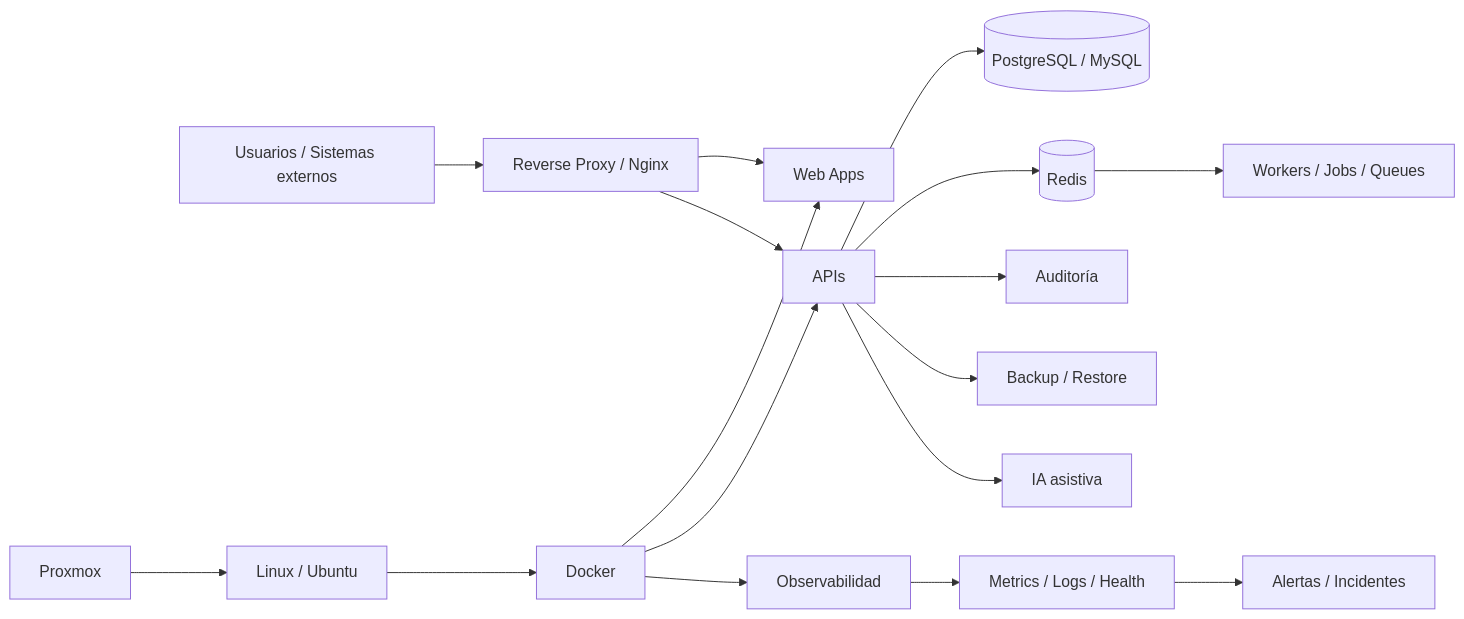
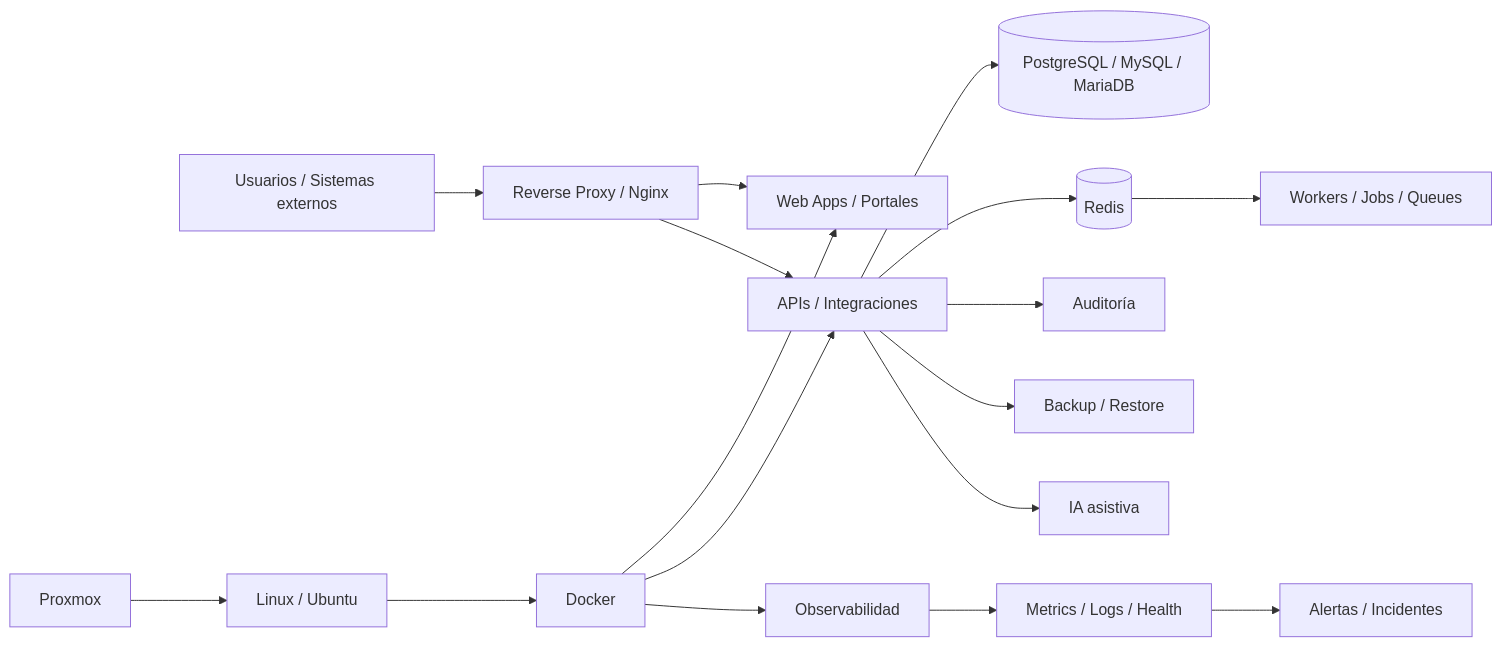
The diagram in README.md (poto212/poto212), drawn with Mermaid before and after one commit. The commit also changed other lines of this file, not shown here.

````diff
--- a/README.md
+++ b/README.md
@@ -303,23 +330,23 @@
 ```mermaid
 flowchart LR
     U[Usuarios / Sistemas externos] --> RP[Reverse Proxy / Nginx]
-    RP --> WEB[Web Apps]
-    RP --> API[APIs]
+    RP --> WEB[Web Apps / Portales]
+    RP --> API[APIs / Integraciones]
 
-    API --> DB[(PostgreSQL / MySQL)]
+    API --> DB[(PostgreSQL / MySQL / MariaDB)]
     API --> REDIS[(Redis)]
     REDIS --> JOBS[Workers / Jobs / Queues]
 
     P[Proxmox] --> L[Linux / Ubuntu]
     L --> D[Docker]
     D --> WEB
     D --> API
     D --> OBS[Observabilidad]
 
     OBS --> MET[Metrics / Logs / Health]
     MET --> ALT[Alertas / Incidentes]
 
     API --> AUD[Auditoría]
     API --> BK[Backup / Restore]
     API --> IA[IA asistiva]
 ```
````
